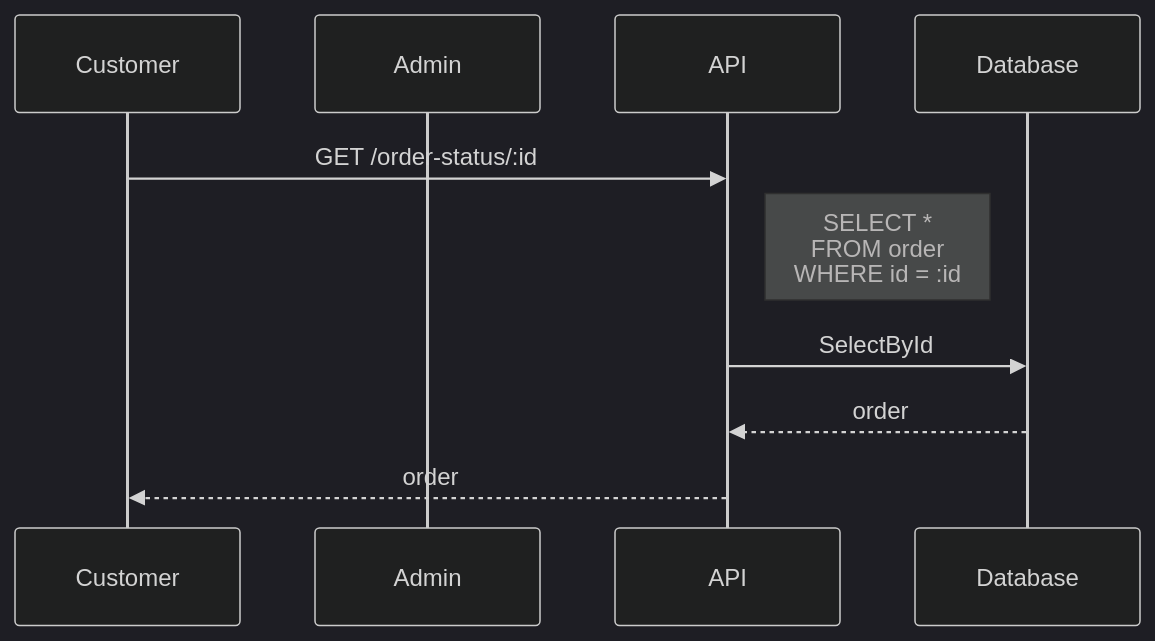
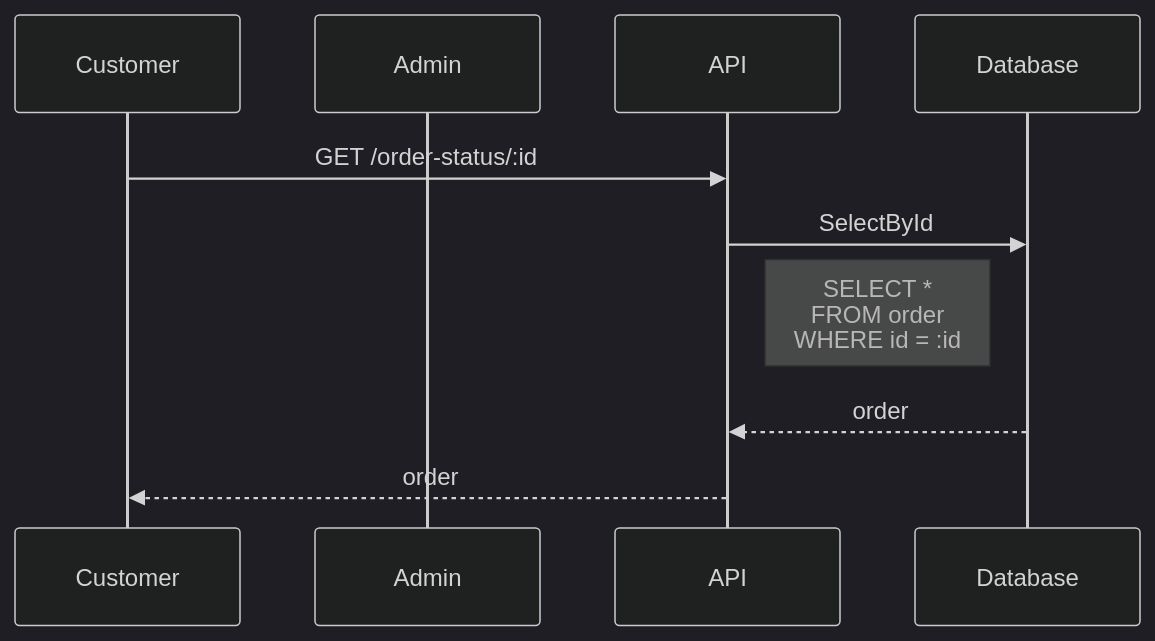
The fifth of 9 diagrams in readme.md (Jakomaro/takeaway), drawn with Mermaid (dark theme) before and after one commit. The commit also changed other lines of this file and 2 other files, not shown here.

````diff
--- a/readme.md
+++ b/readme.md
@@ -109,13 +109,13 @@
 ```mermaid
 sequenceDiagram
     participant C as Customer
     participant A as Admin
     participant API as API
     participant DB as Database
 
     C->>API: GET /order-status/:id
+    API->>DB: SelectById
     note left of DB: SELECT * <br>FROM order <br>WHERE id = :id
-    API->>DB: SelectById
     DB-->>API: order
     API-->>C: order
 ```
````
